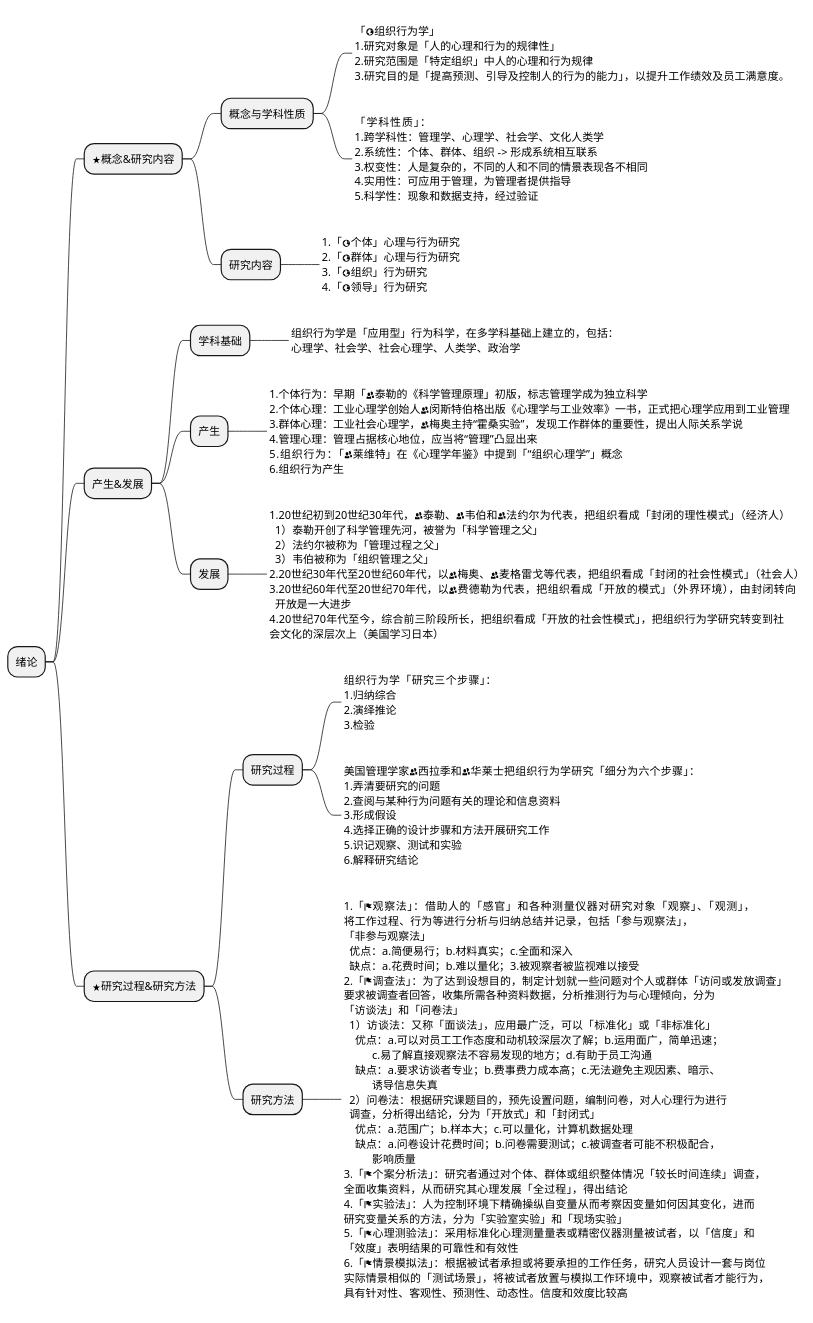
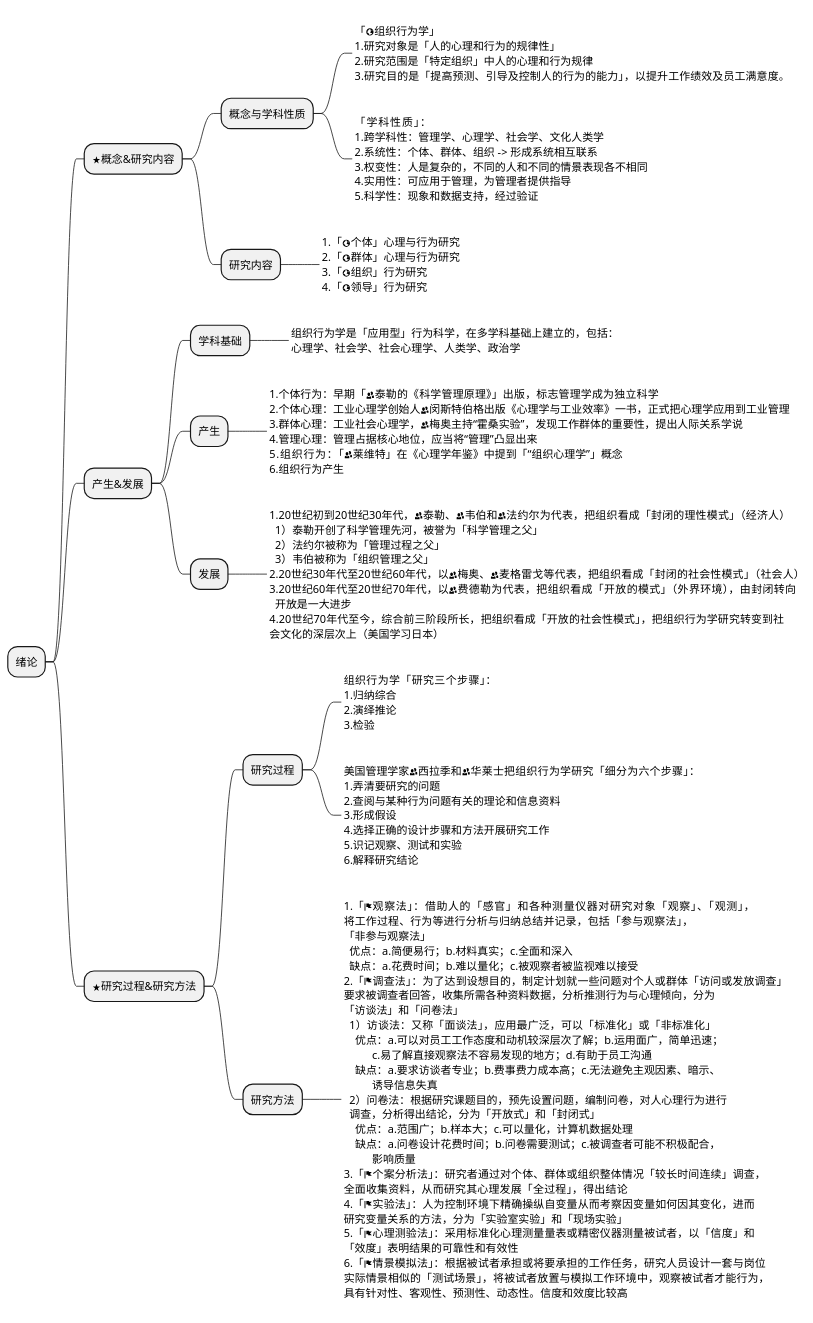
Before and after one commit to pauldo/zikao: the diagram in note/3组织行为学/0绪论/all.puml, drawn with PlantUML. The commit also changed 3 other files, not shown here.

```diff
--- a/note/3组织行为学/0绪论/all.puml
+++ b/note/3组织行为学/0绪论/all.puml
@@ -1,105 +1,105 @@
 @startmindmap
 
 * 绪论
 
 ** <&star>概念&研究内容
 *** 概念与学科性质
 ****_:
 「<&globe>组织行为学」
 1.研究对象是「人的心理和行为的规律性」
 2.研究范围是「特定组织」中人的心理和行为规律
 3.研究目的是「提高预测、引导及控制人的行为的能力」，以提升工作绩效及员工满意度。
 ;
 ****_:
 「学科性质」：
 1.跨学科性：管理学、心理学、社会学、文化人类学
 2.系统性：个体、群体、组织 -> 形成系统相互联系
 3.权变性：人是复杂的，不同的人和不同的情景表现各不相同
 4.实用性：可应用于管理，为管理者提供指导
 5.科学性：现象和数据支持，经过验证
 ;
 *** 研究内容
 ****_:
 1.「<&globe>个体」心理与行为研究
 2.「<&globe>群体」心理与行为研究
 3.「<&globe>组织」行为研究
 4.「<&globe>领导」行为研究
 ;
 
 ** 产生&发展
 *** 学科基础
 ****_:
 组织行为学是「应用型」行为科学，在多学科基础上建立的，包括：
 心理学、社会学、社会心理学、人类学、政治学
 ;
 *** 产生
 ****_:
-1.个体行为：早期「<&people>泰勒的《科学管理原理」初版，标志管理学成为独立科学
+1.个体行为：早期「<&people>泰勒的《科学管理原理》」出版，标志管理学成为独立科学
 2.个体心理：工业心理学创始人<&people>闵斯特伯格出版《心理学与工业效率》一书，正式把心理学应用到工业管理
 3.群体心理：工业社会心理学，<&people>梅奥主持“霍桑实验”，发现工作群体的重要性，提出人际关系学说
 4.管理心理：管理占据核心地位，应当将“管理”凸显出来
 5.组织行为：「<&people>莱维特」在《心理学年鉴》中提到「“组织心理学”」概念
 6.组织行为产生
 ;
 *** 发展
 ****_:
 1.20世纪初到20世纪30年代，<&people>泰勒、<&people>韦伯和<&people>法约尔为代表，把组织看成「封闭的理性模式」（经济人）
   1）泰勒开创了科学管理先河，被誉为「科学管理之父」
   2）法约尔被称为「管理过程之父」
   3）韦伯被称为「组织管理之父」
 2.20世纪30年代至20世纪60年代，以<&people>梅奥、<&people>麦格雷戈等代表，把组织看成「封闭的社会性模式」（社会人）
 3.20世纪60年代至20世纪70年代，以<&people>费德勒为代表，把组织看成「开放的模式」（外界环境），由封闭转向
   开放是一大进步
 4.20世纪70年代至今，综合前三阶段所长，把组织看成「开放的社会性模式」，把组织行为学研究转变到社
 会文化的深层次上（美国学习日本）
 ;
 
 ** <&star>研究过程&研究方法
 *** 研究过程
 ****_:
 组织行为学「研究三个步骤」：
 1.归纳综合
 2.演绎推论
 3.检验
 ;
 ****_:
 美国管理学家<&people>西拉季和<&people>华莱士把组织行为学研究「细分为六个步骤」：
 1.弄清要研究的问题
 2.查阅与某种行为问题有关的理论和信息资料
 3.形成假设
 4.选择正确的设计步骤和方法开展研究工作
 5.识记观察、测试和实验
 6.解释研究结论
 ;
 *** 研究方法
 ****_:
 1.「<&flag>观察法」：借助人的「感官」和各种测量仪器对研究对象「观察」、「观测」，
 将工作过程、行为等进行分析与归纳总结并记录，包括「参与观察法」，
 「非参与观察法」
   优点：a.简便易行；b.材料真实；c.全面和深入
-  缺点：a.花费时间；b.难以量化；3.被观察者被监视难以接受
+  缺点：a.花费时间；b.难以量化；c.被观察者被监视难以接受
 2.「<&flag>调查法」：为了达到设想目的，制定计划就一些问题对个人或群体「访问或发放调查」
 要求被调查者回答，收集所需各种资料数据，分析推测行为与心理倾向，分为
 「访谈法」和「问卷法」
   1）访谈法：又称「面谈法」，应用最广泛，可以「标准化」或「非标准化」
     优点：a.可以对员工工作态度和动机较深层次了解；b.运用面广，简单迅速；
           c.易了解直接观察法不容易发现的地方；d.有助于员工沟通
     缺点：a.要求访谈者专业；b.费事费力成本高；c.无法避免主观因素、暗示、
           诱导信息失真
   2）问卷法：根据研究课题目的，预先设置问题，编制问卷，对人心理行为进行
   调查，分析得出结论，分为「开放式」和「封闭式」
     优点：a.范围广；b.样本大；c.可以量化，计算机数据处理
     缺点：a.问卷设计花费时间；b.问卷需要测试；c.被调查者可能不积极配合，
           影响质量
 3.「<&flag>个案分析法」：研究者通过对个体、群体或组织整体情况「较长时间连续」调查，
 全面收集资料，从而研究其心理发展「全过程」，得出结论
 4.「<&flag>实验法」：人为控制环境下精确操纵自变量从而考察因变量如何因其变化，进而
 研究变量关系的方法，分为「实验室实验」和「现场实验」
 5.「<&flag>心理测验法」：采用标准化心理测量量表或精密仪器测量被试者，以「信度」和
 「效度」表明结果的可靠性和有效性
 6.「<&flag>情景模拟法」：根据被试者承担或将要承担的工作任务，研究人员设计一套与岗位
 实际情景相似的「测试场景」，将被试者放置与模拟工作环境中，观察被试者才能行为，
 具有针对性、客观性、预测性、动态性。信度和效度比较高
 ;
 
 @endmindmap
```
